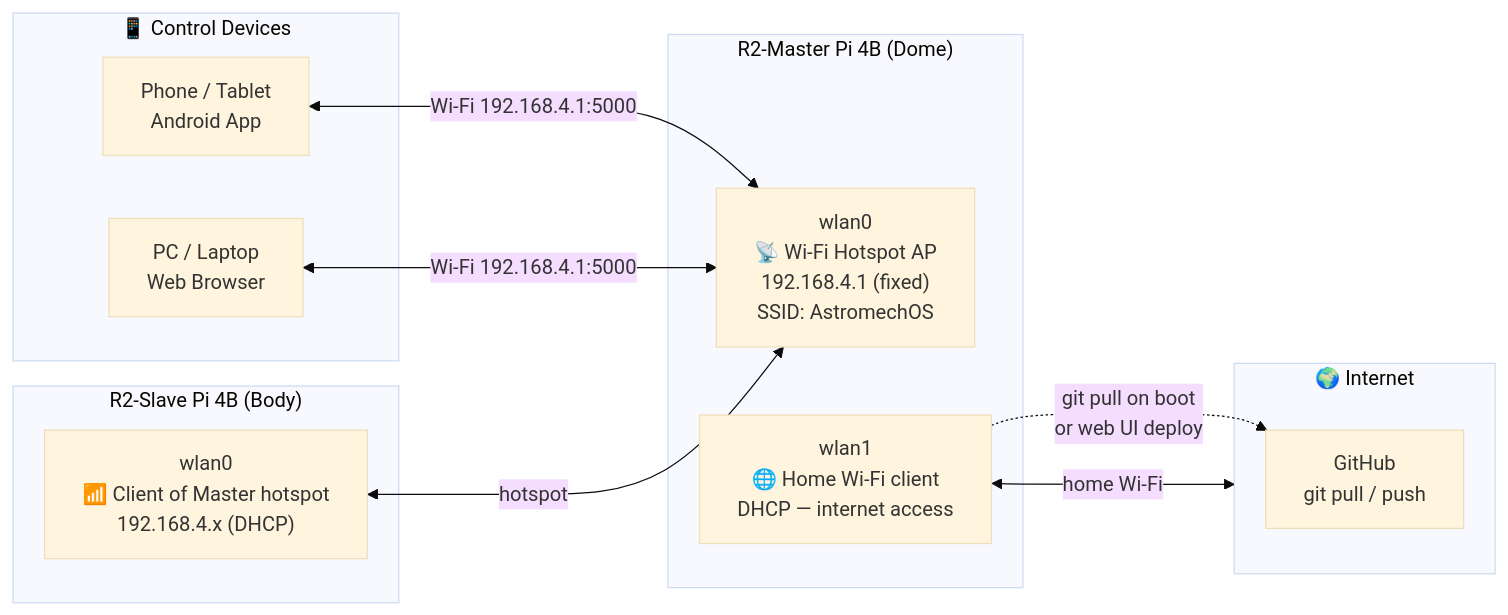
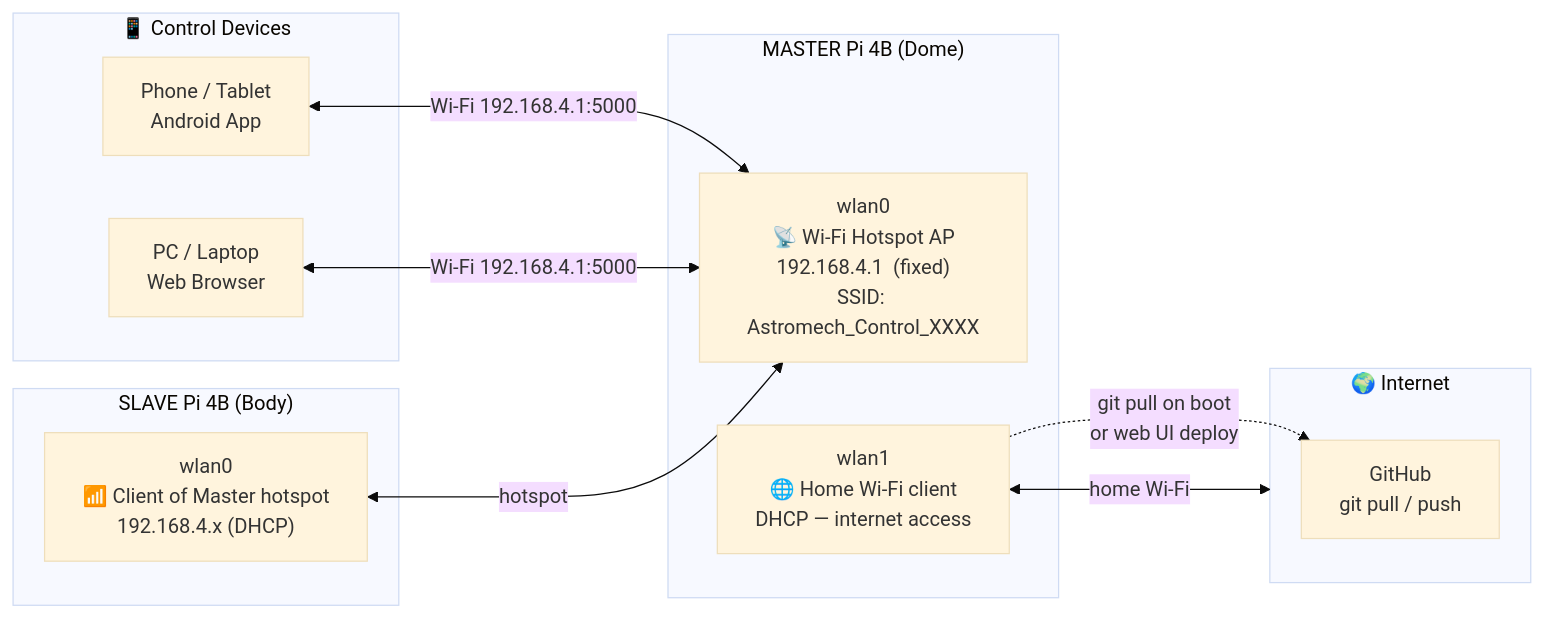
The third of 4 diagrams in ELECTRONICS.md (RickDnamps/AstromechOS), drawn with Mermaid (base theme) before and after one commit. The commit also changed other lines of this file and 5 other files, not shown here.

````diff
--- a/ELECTRONICS.md
+++ b/ELECTRONICS.md
@@ -261,26 +261,26 @@
 ```mermaid
 flowchart LR
     subgraph INTERNET["🌍 Internet"]
         GITHUB["GitHub\ngit pull / push"]
     end
 
-    subgraph MASTER_NET["R2-Master Pi 4B (Dome)"]
-        WLAN0["wlan0\n📡 Wi-Fi Hotspot AP\n192.168.4.1  (fixed)\nSSID: AstromechOS"]
+    subgraph MASTER_NET["MASTER Pi 4B (Dome)"]
+        WLAN0["wlan0\n📡 Wi-Fi Hotspot AP\n192.168.4.1  (fixed)\nSSID: Astromech_Control_XXXX"]
         WLAN1["wlan1\n🌐 Home Wi-Fi client\nDHCP — internet access"]
     end
 
-    subgraph SLAVE_NET["R2-Slave Pi 4B (Body)"]
+    subgraph SLAVE_NET["SLAVE Pi 4B (Body)"]
         WLAN0_S["wlan0\n📶 Client of Master hotspot\n192.168.4.x  (DHCP)"]
     end
 
     subgraph DEVICES["📱 Control Devices"]
         PHONE["Phone / Tablet\nAndroid App"]
         PC["PC / Laptop\nWeb Browser"]
     end
 
     PHONE <-->|"Wi-Fi  192.168.4.1:5000"| WLAN0
     PC    <-->|"Wi-Fi  192.168.4.1:5000"| WLAN0
     WLAN0_S <-->|"hotspot"| WLAN0
     WLAN1 <-->|"home Wi-Fi"| INTERNET
     WLAN1 -.->|"git pull on boot\nor web UI deploy"| GITHUB
 ```
````
